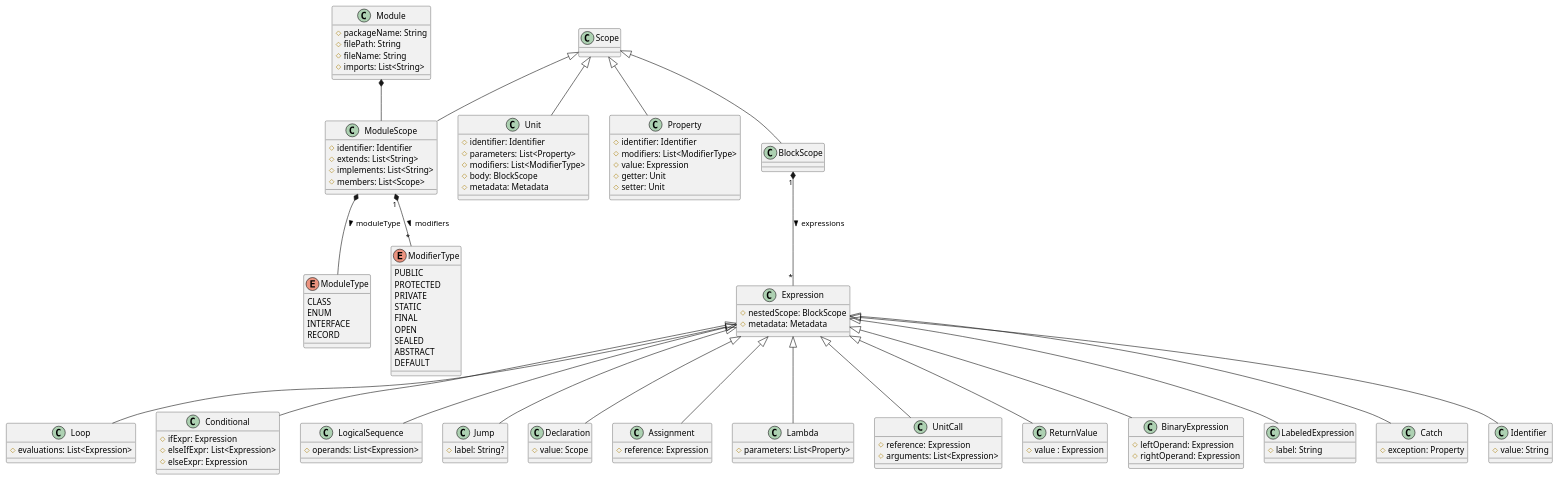
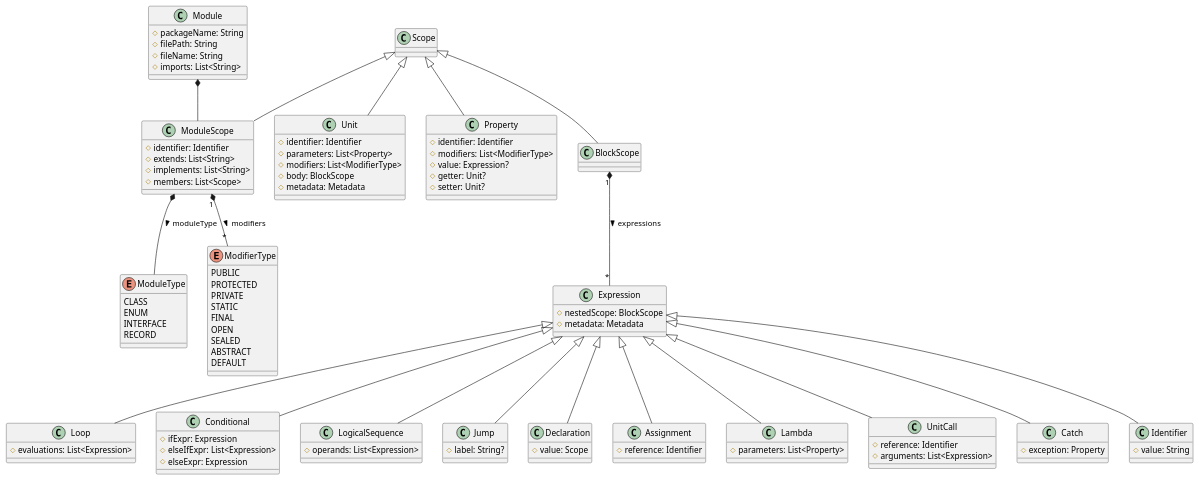
Before and after one commit to MarnickvdA/LAMP-Framework: the diagram in docs/metamodel-v2-1.plantuml, drawn with PlantUML. The commit also changed 35 other files, not shown here.

```diff
--- a/docs/metamodel-v2-1.plantuml
+++ b/docs/metamodel-v2-1.plantuml
@@ -1,120 +1,107 @@
 @startuml
 class Module
 class Scope
 class ModuleScope
 class Unit
 class Property
 class Expression
 class BlockScope
 
 class Loop
 class Conditional
 class LogicalSequence
 class Jump
 class Declaration
 class Assignment
 class Lambda
 class UnitCall
-class ReturnValue
-class BinaryExpression
-class LabeledExpression
 
 enum ModuleType {
     CLASS
     ENUM
     INTERFACE
     RECORD
 }
 
 enum ModifierType {
     PUBLIC
     PROTECTED
     PRIVATE
     STATIC
     FINAL
     OPEN
     SEALED
     ABSTRACT
     DEFAULT
 }
 
 Module : # packageName: String
 Module : # filePath: String
 Module : # fileName: String
 Module : # imports: List<String>
 Module *-- ModuleScope
 
 Scope <|-- ModuleScope
 Scope <|-- Unit
 Scope <|-- Property
 Scope <|-- BlockScope
 
 ModuleScope : # identifier: Identifier
 ModuleScope : # extends: List<String>
 ModuleScope : # implements: List<String>
 ModuleScope : # members: List<Scope>
 ModuleScope "1" *-- "*" ModifierType : modifiers >
 ModuleScope *-- ModuleType : moduleType >
 
 Unit : # identifier: Identifier
 Unit : # parameters: List<Property>
 Unit : # modifiers: List<ModifierType>
 Unit : # body: BlockScope
 Unit : # metadata: Metadata
 
 Property : # identifier: Identifier
 Property : # modifiers: List<ModifierType>
-Property : # value: Expression
-Property : # getter: Unit
-Property : # setter: Unit
+Property : # value: Expression?
+Property : # getter: Unit?
+Property : # setter: Unit?
 
 BlockScope "1" *-- "*" Expression : expressions >
 
 Expression : # nestedScope: BlockScope
 Expression : # metadata: Metadata
 
 Expression <|-- Loop
 Expression <|-- Conditional
 Expression <|-- LogicalSequence
 Expression <|-- Jump
 Expression <|-- Declaration
 Expression <|-- Assignment
 Expression <|-- Lambda
 Expression <|-- UnitCall
 Expression <|-- Catch
 Expression <|-- Identifier
-Expression <|-- ReturnValue
-Expression <|-- BinaryExpression
-Expression <|-- LabeledExpression
 
 Identifier : # value: String
 
 Catch : # exception: Property
 
 Loop : # evaluations: List<Expression>
 
 Conditional : # ifExpr: Expression
 Conditional : # elseIfExpr: List<Expression>
 Conditional : # elseExpr: Expression
 
 LogicalSequence : # operands: List<Expression>
 
-BinaryExpression : # leftOperand: Expression
-BinaryExpression : # rightOperand: Expression
-
 Jump : # label: String?
-
-LabeledExpression : # label: String
-
-ReturnValue : # value : Expression
 
 Lambda : # parameters: List<Property>
 
-UnitCall : # reference: Expression
+UnitCall : # reference: Identifier
 UnitCall : # arguments: List<Expression>
 
 Declaration : # value: Scope
 
-Assignment : # reference: Expression
+Assignment : # reference: Identifier
 
 @enduml
```
